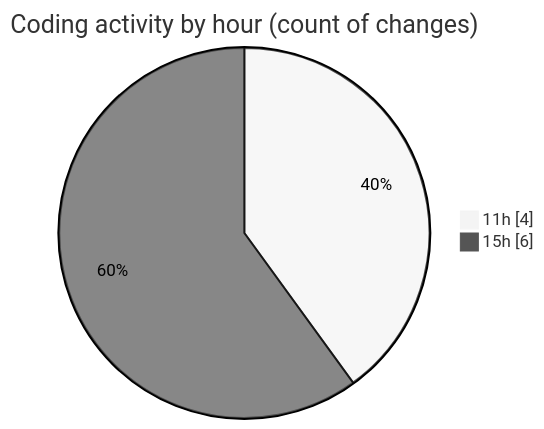
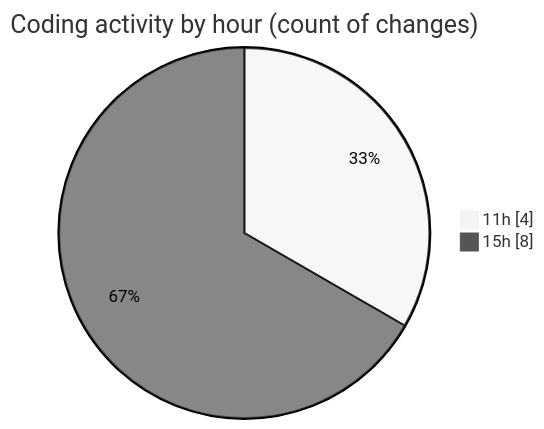
One commit to nxtqubesakshisongat/code-tracking changed the second of 2 diagrams in 2025-05-29/nxtqube_webapp/README.md. Above: the diagram before and after it, drawn with Mermaid (neutral theme). The commit also changed other lines of this file and 1 other file, not shown here.

````diff
--- a/2025-05-29/nxtqube_webapp/README.md
+++ b/2025-05-29/nxtqube_webapp/README.md
@@ -32,6 +33,6 @@
 ```mermaid
 pie showData
 title Coding activity by hour (count of changes)
 "11h" : 4
-"15h" : 6
+"15h" : 8
 ```
````
